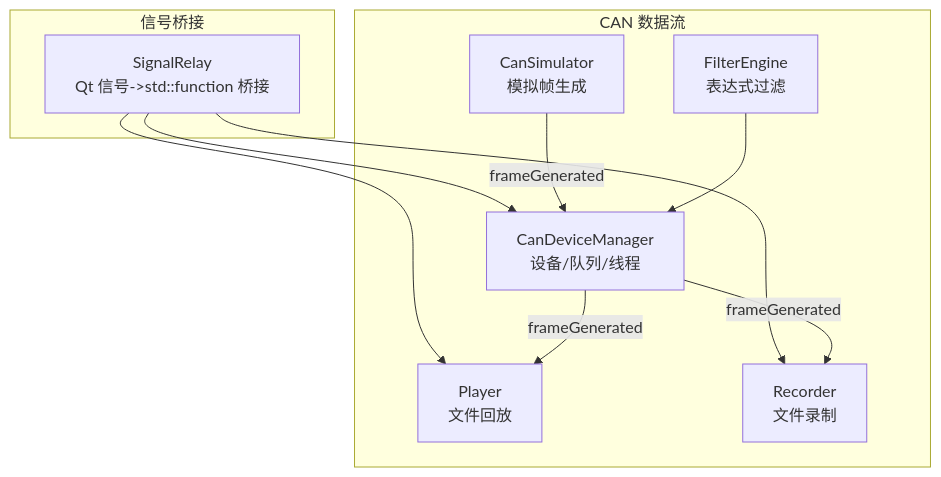
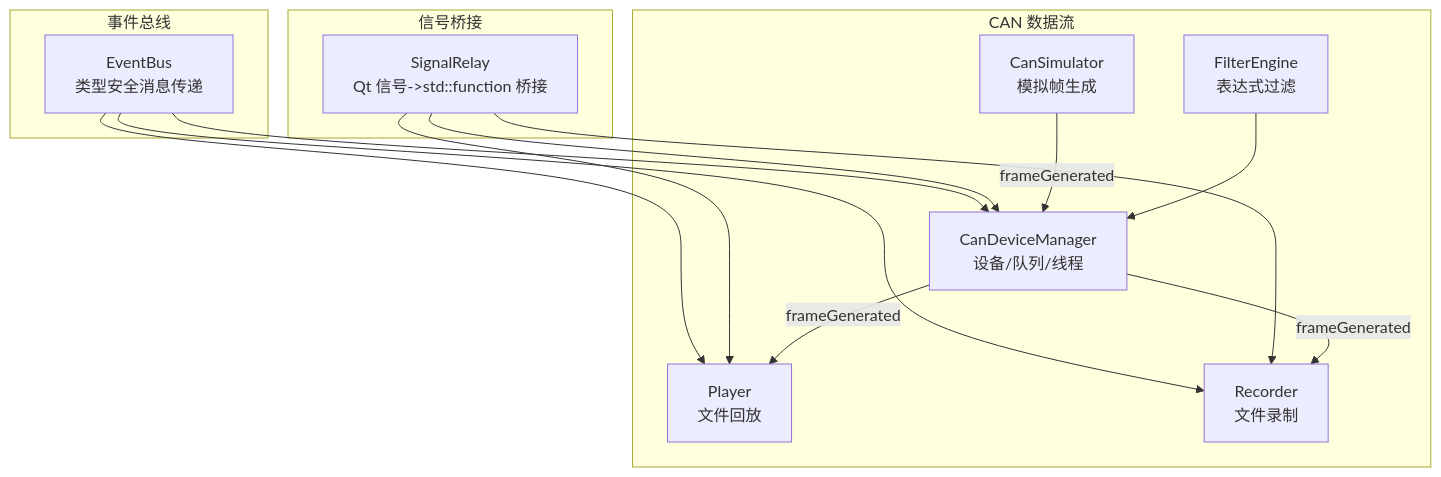
The first of 8 diagrams in .qoder/repowiki/zh/content/核心模块详解/事件总线系统.md (jakecai1225-design/OpenBus), drawn with Mermaid before and after one commit. The commit also changed other lines of this file and 151 other files, not shown here.

````diff
--- a/.qoder/repowiki/zh/content/核心模块详解/事件总线系统.md
+++ b/.qoder/repowiki/zh/content/核心模块详解/事件总线系统.md
@@ -48,20 +51,26 @@
 ```mermaid
 graph TB
+subgraph "事件总线"
+EB["EventBus<br/>类型安全消息传递"]
+end
 subgraph "信号桥接"
 SR["SignalRelay<br/>Qt 信号->std::function 桥接"]
 end
 subgraph "CAN 数据流"
 DM["CanDeviceManager<br/>设备/队列/线程"]
 SIM["CanSimulator<br/>模拟帧生成"]
 PLR["Player<br/>文件回放"]
 REC["Recorder<br/>文件录制"]
 FE["FilterEngine<br/>表达式过滤"]
 end
+EB --> DM
+EB --> PLR
+EB --> REC
 SR --> DM
 SR --> PLR
 SR --> REC
 DM --> |frameGenerated| PLR
 DM --> |frameGenerated| REC
 SIM --> |frameGenerated| DM
 FE --> DM
 ```
````
